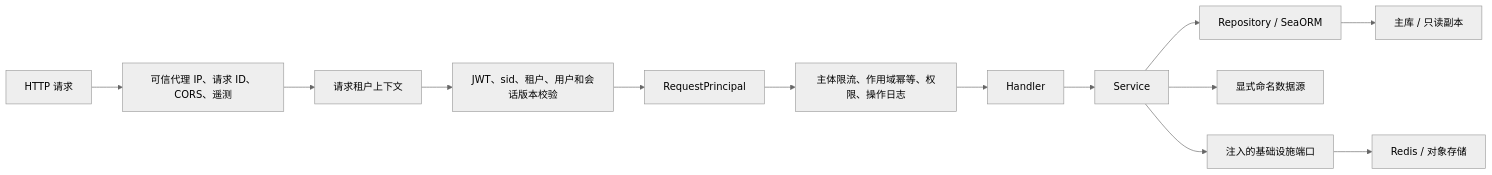
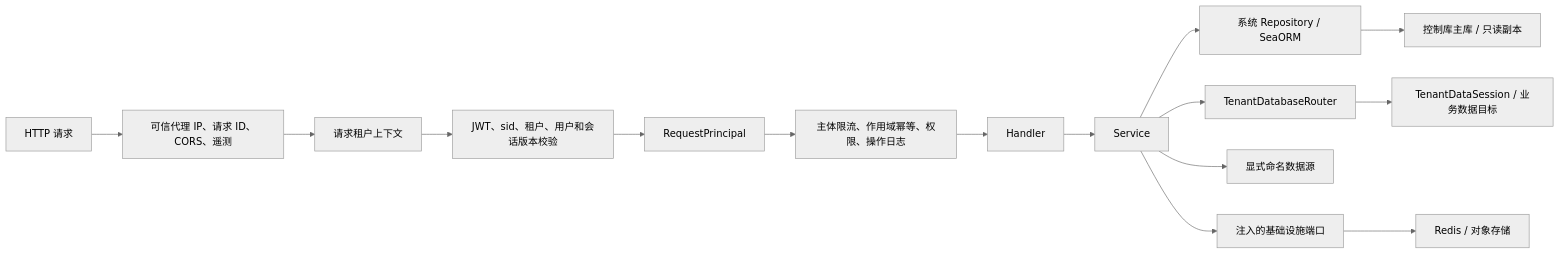
One commit to Edgar-ycy/ryframe changed the first of 2 diagrams in docs/architecture.md. Above: the diagram before and after it, drawn with Mermaid (neutral theme). The commit also changed other lines of this file and 139 other files, not shown here.

Commit message:
feat(tenant): add capability-aware data operations

````diff
--- a/docs/architecture.md
+++ b/docs/architecture.md
@@ -90,15 +92,17 @@
 ```mermaid
 flowchart LR
     A["HTTP 请求"] --> B["可信代理 IP、请求 ID、CORS、遥测"]
     B --> C["请求租户上下文"]
     C --> D["JWT、sid、租户、用户和会话版本校验"]
     D --> E["RequestPrincipal"]
     E --> F["主体限流、作用域幂等、权限、操作日志"]
     F --> G["Handler"]
     G --> H["Service"]
-    H --> I["Repository / SeaORM"]
-    I --> J["主库 / 只读副本"]
+    H --> I["系统 Repository / SeaORM"]
+    I --> J["控制库主库 / 只读副本"]
+    H --> N["TenantDatabaseRouter"]
+    N --> O["TenantDataSession / 业务数据目标"]
     H --> M["显式命名数据源"]
     H --> K["注入的基础设施端口"]
     K --> L["Redis / 对象存储"]
 ```
````
